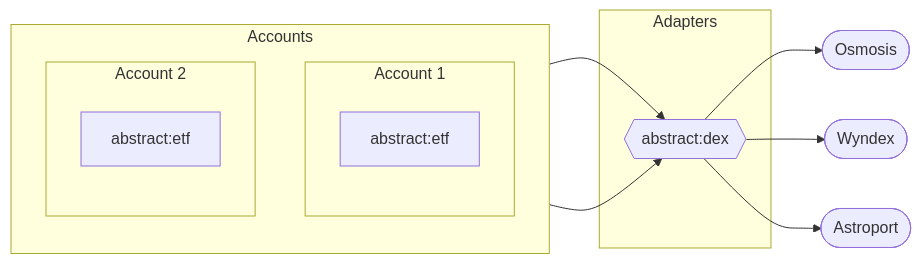
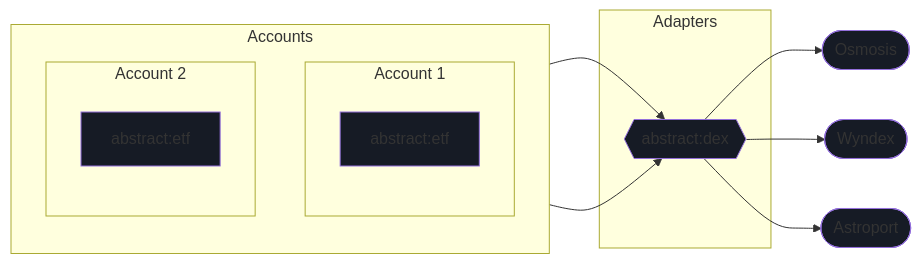
The diagram in framework/docs/src/3_framework/7_module_types.md (AbstractSDK/abstract), drawn with Mermaid before and after one commit. The commit also changed 3 other files, not shown here.

Commit message:
docs: improve mermaid diagrams

````diff
--- a/framework/docs/src/3_framework/7_module_types.md
+++ b/framework/docs/src/3_framework/7_module_types.md
@@ -60,23 +60,29 @@
 ```mermaid
 flowchart LR
-    subgraph Accounts
-        direction BT
-        subgraph Acc1["Account 1"]
-            App1["abstract:etf"]
-        end
-        subgraph Acc2["Account 2"]
-            App2["abstract:etf"]
-        end
+  subgraph Accounts
+    direction BT
+    subgraph Acc1["Account 1"]
+      App1["abstract:etf"]
     end
+    subgraph Acc2["Account 2"]
+      App2["abstract:etf"]
+    end
+  end
 
 
-    subgraph Adapters
-        Acc1 --> Adapter1{{"abstract:dex"}}
-        Acc2 --> Adapter1
-    end
+  subgraph Adapters
+    Acc1 --> Adapter1{{"abstract:dex"}}
+    Acc2 --> Adapter1
+  end
 
-    Adapter1 --> dex1([Osmosis])
-    Adapter1 --> dex2([Wyndex])
-    Adapter1 --> dex3([Astroport])
+  Adapter1 --> dex1([Osmosis])
+  Adapter1 --> dex2([Wyndex])
+  Adapter1 --> dex3([Astroport])
 
+  style App1 fill: #161b25
+  style App2 fill: #161b25
+  style Adapter1 fill: #161b25
+  style dex1 fill: #161b25
+  style dex2 fill: #161b25
+  style dex3 fill: #161b25
 ```
````
